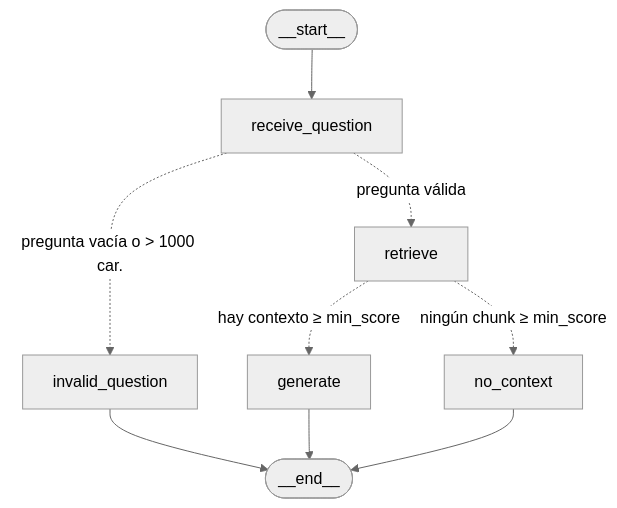
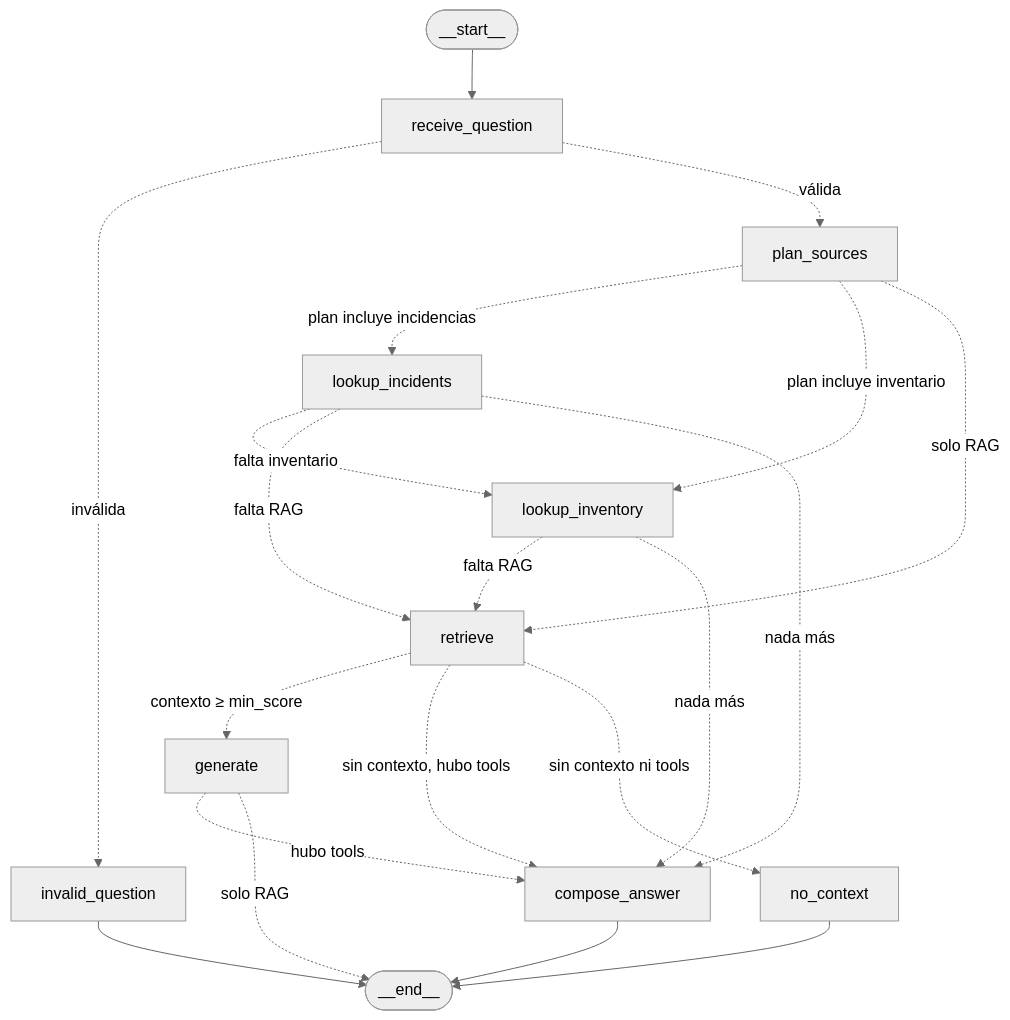
Before and after one commit to 4GeeksAcademy/ai-engineering-company-project-monorepo-miguelMillan: the diagram in docs/agent/agent-graph.md, drawn with Mermaid (neutral theme). The commit also changed other lines of this file and 40 other files, not shown here.

First line of the commit message:
feat: tools de incidencias e inventario en el agente LangGraph (Parte 2)

````diff
--- a/docs/agent/agent-graph.md
+++ b/docs/agent/agent-graph.md
@@ -19,11 +19,22 @@
 ```mermaid
 graph TD;
 	__start__([__start__]) --> receive_question;
-	receive_question -.->|pregunta vacía o > 1000 car.| invalid_question;
-	receive_question -.->|pregunta válida| retrieve;
-	retrieve -.->|hay contexto ≥ min_score| generate;
-	retrieve -.->|ningún chunk ≥ min_score| no_context;
-	generate --> __end__([__end__]);
+	receive_question -.->|inválida| invalid_question;
+	receive_question -.->|válida| plan_sources;
+	plan_sources -.->|plan incluye incidencias| lookup_incidents;
+	plan_sources -.->|plan incluye inventario| lookup_inventory;
+	plan_sources -.->|solo RAG| retrieve;
+	lookup_incidents -.->|falta inventario| lookup_inventory;
+	lookup_incidents -.->|falta RAG| retrieve;
+	lookup_incidents -.->|nada más| compose_answer;
+	lookup_inventory -.->|falta RAG| retrieve;
+	lookup_inventory -.->|nada más| compose_answer;
+	retrieve -.->|contexto ≥ min_score| generate;
+	retrieve -.->|sin contexto, hubo tools| compose_answer;
+	retrieve -.->|sin contexto ni tools| no_context;
+	generate -.->|hubo tools| compose_answer;
+	generate -.->|solo RAG| __end__([__end__]);
+	compose_answer --> __end__;
 	invalid_question --> __end__;
 	no_context --> __end__;
 ```
````
